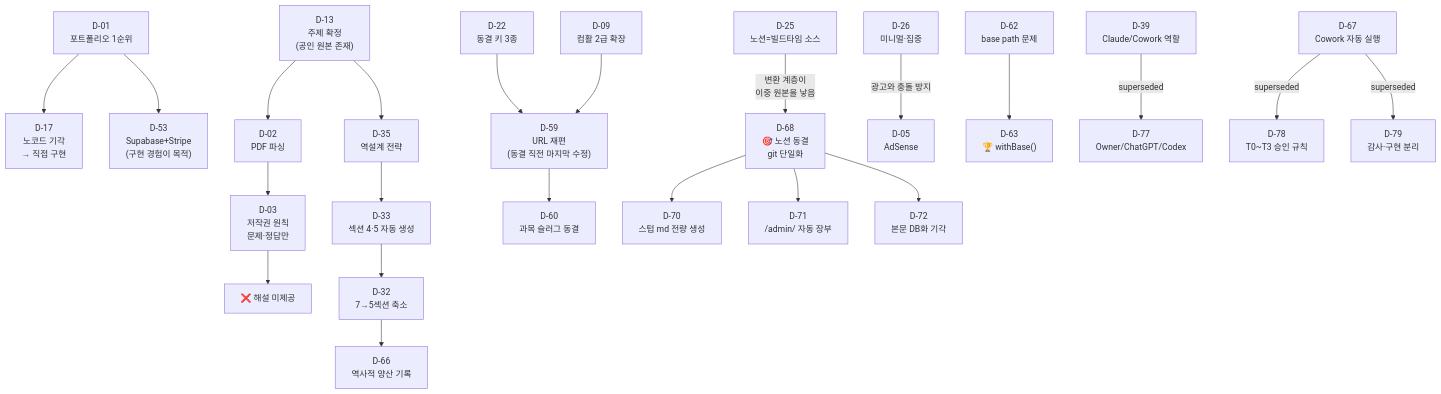
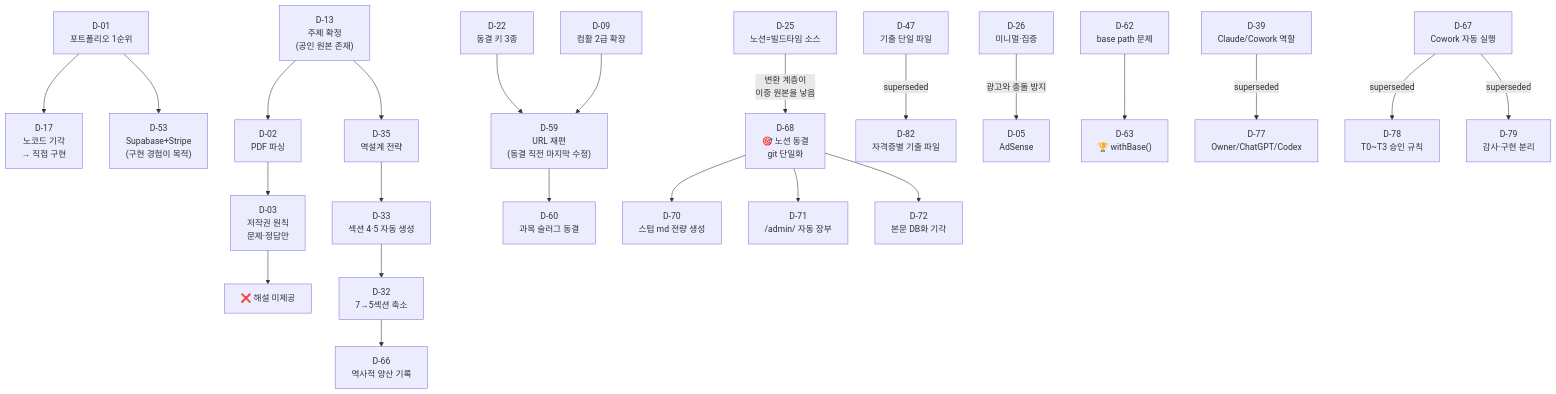
One commit to syjy813/getpasslab changed the diagram in DECISION_LOG.md. Above: the diagram before and after it, drawn with Mermaid. The commit also changed other lines of this file and 83 other files, not shown here.

````diff
--- a/DECISION_LOG.md
+++ b/DECISION_LOG.md
@@ -2074,32 +2103,33 @@
 ```mermaid
 flowchart TD
     D01["D-01<br/>포트폴리오 1순위"] --> D17["D-17<br/>노코드 기각<br/>→ 직접 구현"]
     D01 --> D53["D-53<br/>Supabase+Stripe<br/>(구현 경험이 목적)"]
 
     D13["D-13<br/>주제 확정<br/>(공인 원본 존재)"] --> D02["D-02<br/>PDF 파싱"]
     D02 --> D03["D-03<br/>저작권 원칙<br/>문제·정답만"]
     D03 --> X04["❌ 해설 미제공"]
 
     D13 --> D35["D-35<br/>역설계 전략"]
     D35 --> D33["D-33<br/>섹션 4·5 자동 생성"]
     D33 --> D32["D-32<br/>7→5섹션 축소"]
     D32 --> D66["D-66<br/>역사적 양산 기록"]
 
     D22["D-22<br/>동결 키 3종"] --> D59["D-59<br/>URL 재편<br/>(동결 직전 마지막 수정)"]
     D59 --> D60["D-60<br/>과목 슬러그 동결"]
 
     D25["D-25<br/>노션=빌드타임 소스"] -->|변환 계층이<br/>이중 원본을 낳음| D68["D-68<br/>🎯 노션 동결<br/>git 단일화"]
     D68 --> D70["D-70<br/>스텁 md 전량 생성"]
     D68 --> D71["D-71<br/>/admin/ 자동 장부"]
     D68 --> D72["D-72<br/>본문 DB화 기각"]
+    D47["D-47<br/>기출 단일 파일"] -->|superseded| D82["D-82<br/>자격증별 기출 파일"]
 
     D26["D-26<br/>미니멀·집중"] -->|광고와 충돌 방지| D05["D-05<br/>AdSense"]
 
     D09["D-09<br/>컴활 2급 확장"] --> D59
 
     D62["D-62<br/>base path 문제"] --> D63["D-63<br/>🏆 withBase()"]
 
     D39["D-39<br/>Claude/Cowork 역할"] -->|superseded| D77["D-77<br/>Owner/ChatGPT/Codex"]
     D67["D-67<br/>Cowork 자동 실행"] -->|superseded| D78["D-78<br/>T0~T3 승인 규칙"]
     D67 -->|superseded| D79["D-79<br/>감사·구현 분리"]
 ```
````
